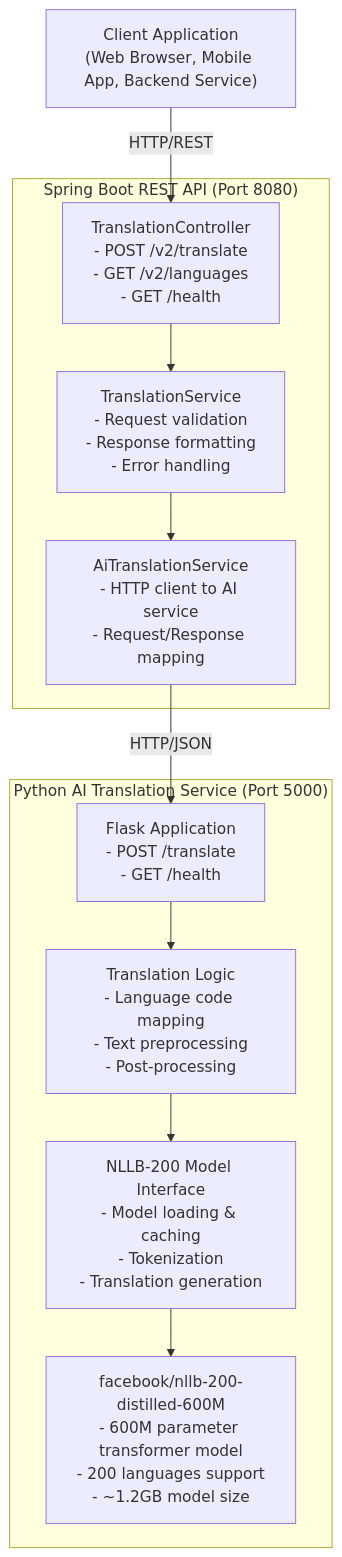
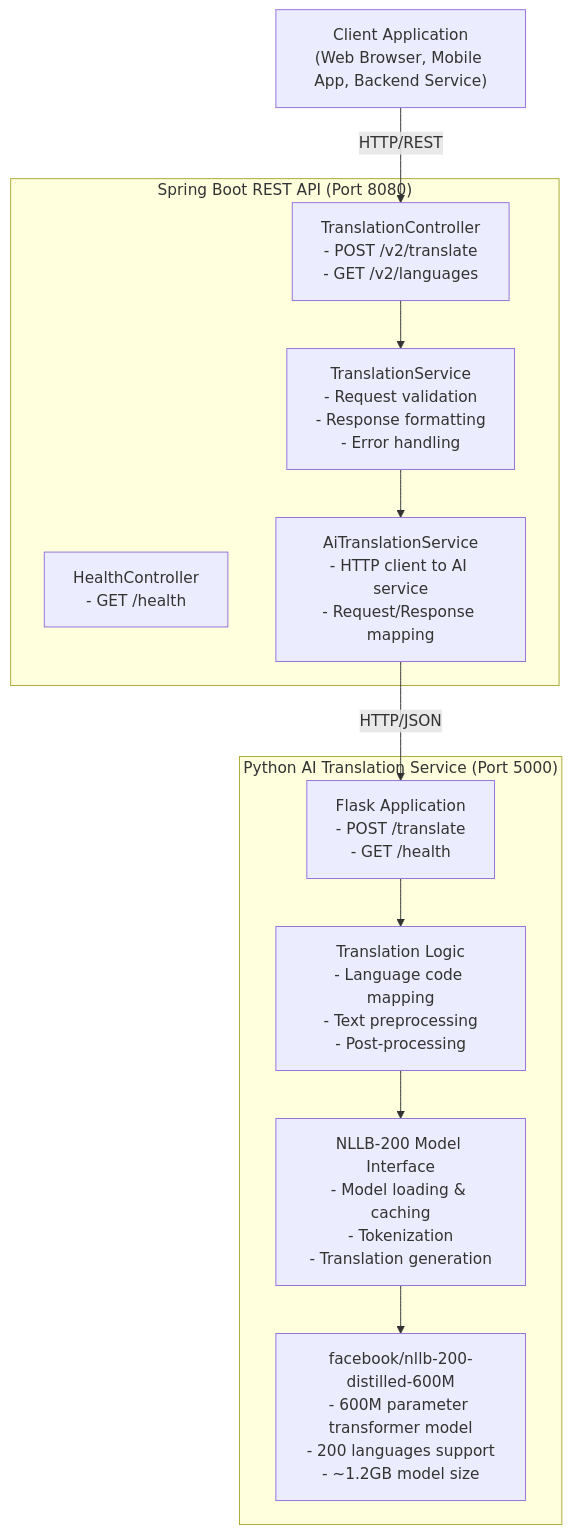
One commit to tmseidel/simple_ai_translation_service changed the first of 2 diagrams in ARCHITECTURE.md. Above: the diagram before and after it, drawn with Mermaid.

Commit message:
docs: clarify health controller in diagram

````diff
--- a/ARCHITECTURE.md
+++ b/ARCHITECTURE.md
@@ -5,19 +5,21 @@
 ```mermaid
 flowchart TB
     client["Client Application<br/>(Web Browser, Mobile App, Backend Service)"]
     subgraph spring["Spring Boot REST API (Port 8080)"]
-        controller["TranslationController<br/>- POST /v2/translate<br/>- GET /v2/languages<br/>- GET /health"]
+        controller["TranslationController<br/>- POST /v2/translate<br/>- GET /v2/languages"]
+        healthController["HealthController<br/>- GET /health"]
         service["TranslationService<br/>- Request validation<br/>- Response formatting<br/>- Error handling"]
         aiService["AiTranslationService<br/>- HTTP client to AI service<br/>- Request/Response mapping"]
         controller --> service --> aiService
+        healthController
     end
     subgraph python["Python AI Translation Service (Port 5000)"]
         flask["Flask Application<br/>- POST /translate<br/>- GET /health"]
         logic["Translation Logic<br/>- Language code mapping<br/>- Text preprocessing<br/>- Post-processing"]
         modelInterface["NLLB-200 Model Interface<br/>- Model loading & caching<br/>- Tokenization<br/>- Translation generation"]
         model["facebook/nllb-200-distilled-600M<br/>- 600M parameter transformer model<br/>- 200 languages support<br/>- ~1.2GB model size"]
         flask --> logic --> modelInterface --> model
     end
     client -->|HTTP/REST| controller
     aiService -->|HTTP/JSON| flask
 ```
````
